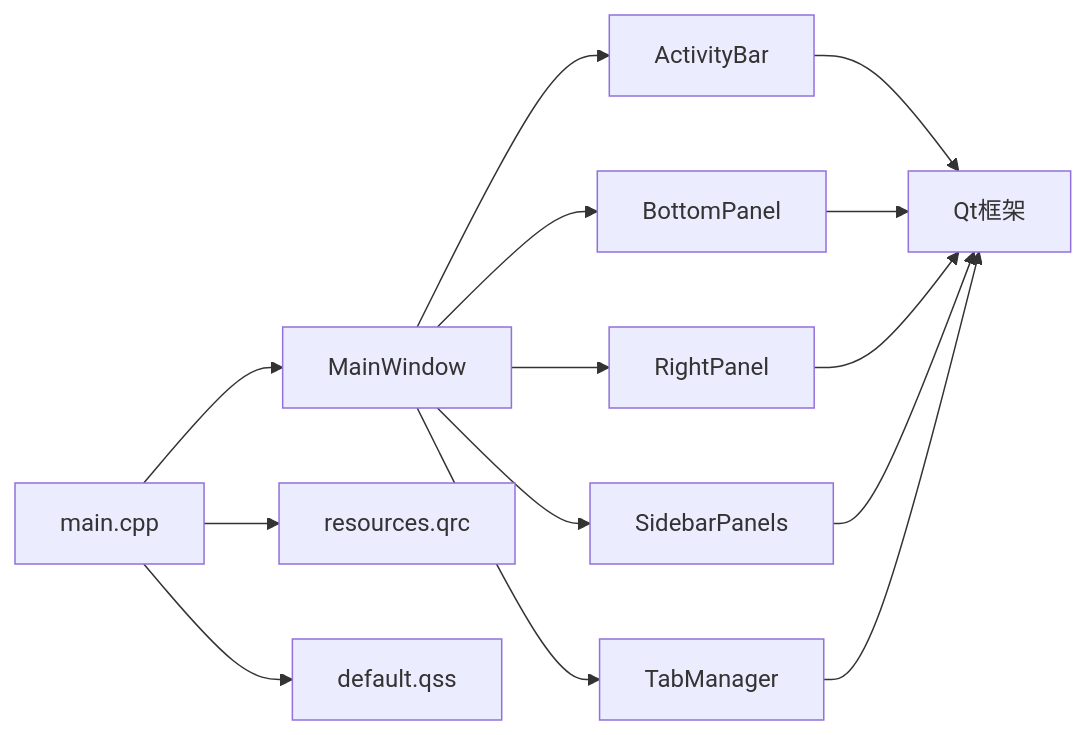
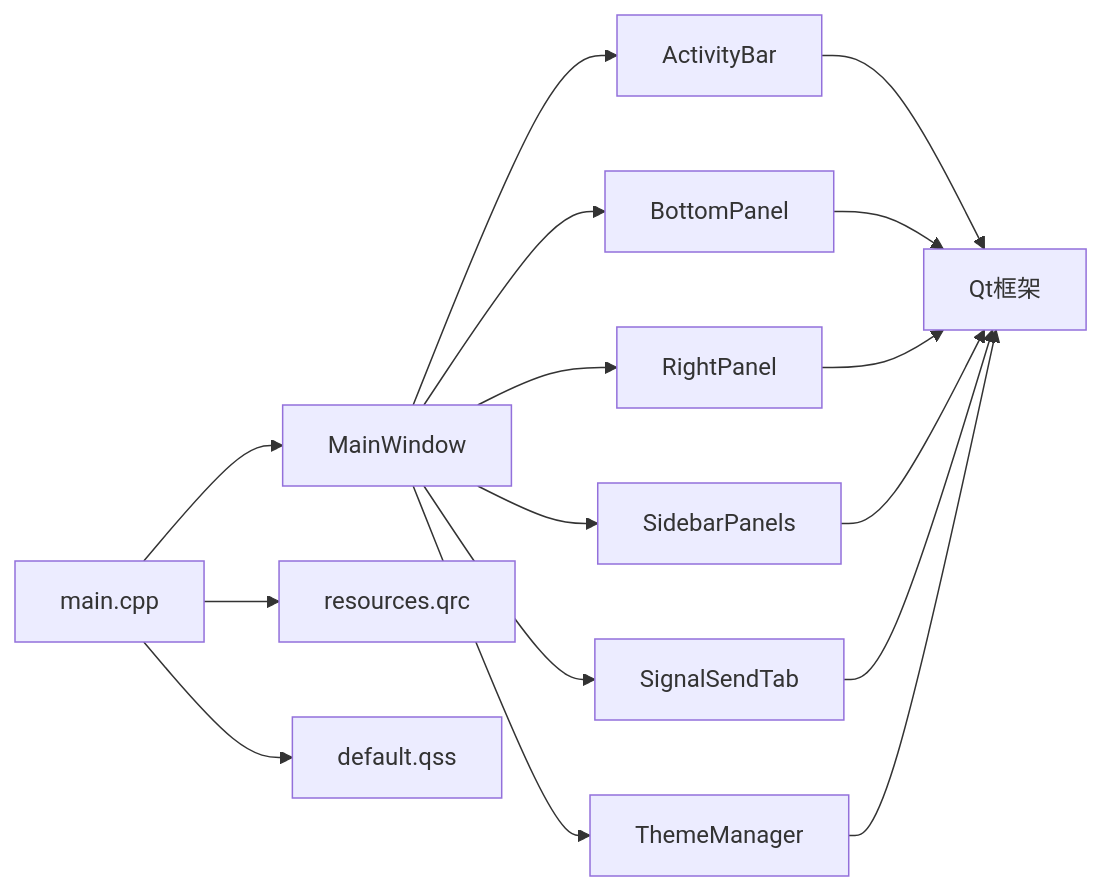
The fourth of 4 diagrams in .qoder/repowiki/zh/content/架构设计/主窗口组件架构.md (jakecai1225-design/OpenBus), drawn with Mermaid before and after one commit. The commit also changed other lines of this file and 59 other files, not shown here.

````diff
--- a/.qoder/repowiki/zh/content/架构设计/主窗口组件架构.md
+++ b/.qoder/repowiki/zh/content/架构设计/主窗口组件架构.md
@@ -355,16 +417,18 @@
 ```mermaid
 graph LR
 Main["main.cpp"] --> MW["MainWindow"]
 MW --> AB["ActivityBar"]
 MW --> BP["BottomPanel"]
 MW --> RP["RightPanel"]
 MW --> SP["SidebarPanels"]
-MW --> TAB["TabManager"]
+MW --> TAB["SignalSendTab"]
+MW --> TM["ThemeManager"]
 AB --> Qt["Qt框架"]
 BP --> Qt
 RP --> Qt
 SP --> Qt
 TAB --> Qt
+TM --> Qt
 Main --> Res["resources.qrc"]
 Main --> QSS["default.qss"]
 ```
````
